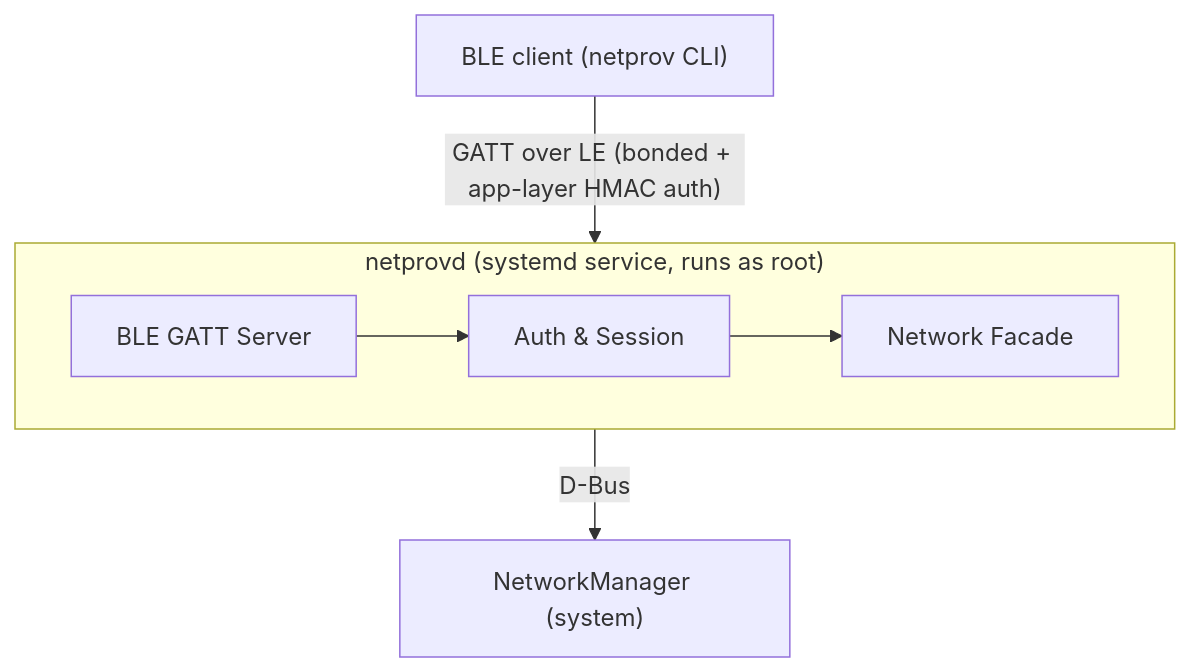
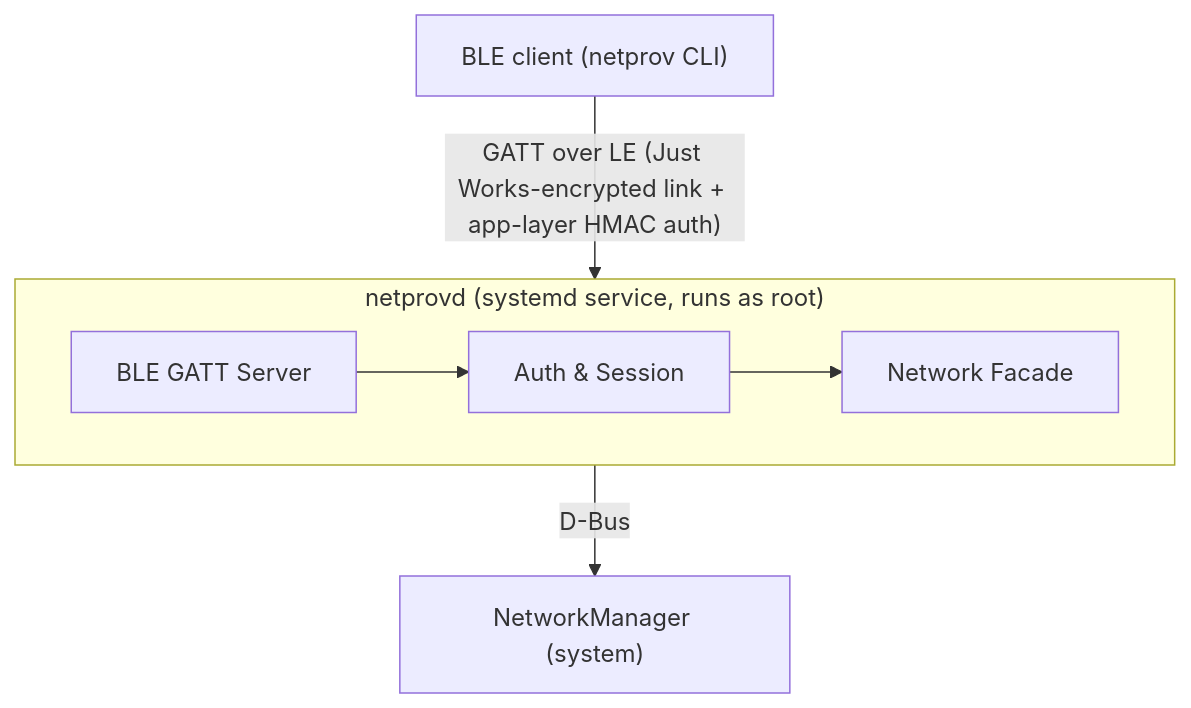
The diagram in README.md (rosterloh/netprov), drawn with Mermaid before and after one commit. The commit also changed other lines of this file and 14 other files, not shown here.

````diff
--- a/README.md
+++ b/README.md
@@ -13,16 +13,16 @@
 ```mermaid
 flowchart TD
     Client["BLE client (netprov CLI)"]
     NM["NetworkManager (system)"]
 
     subgraph Daemon["netprovd (systemd service, runs as root)"]
         direction LR
         GATT["BLE GATT Server"]
         Session["Auth &amp; Session"]
         Facade["Network Facade"]
         GATT --> Session --> Facade
     end
 
-    Client -->|"GATT over LE (bonded + app-layer HMAC auth)"| GATT
+    Client -->|"GATT over LE (Just Works-encrypted link + app-layer HMAC auth)"| GATT
     Facade -->|D-Bus| NM
 ```
````
